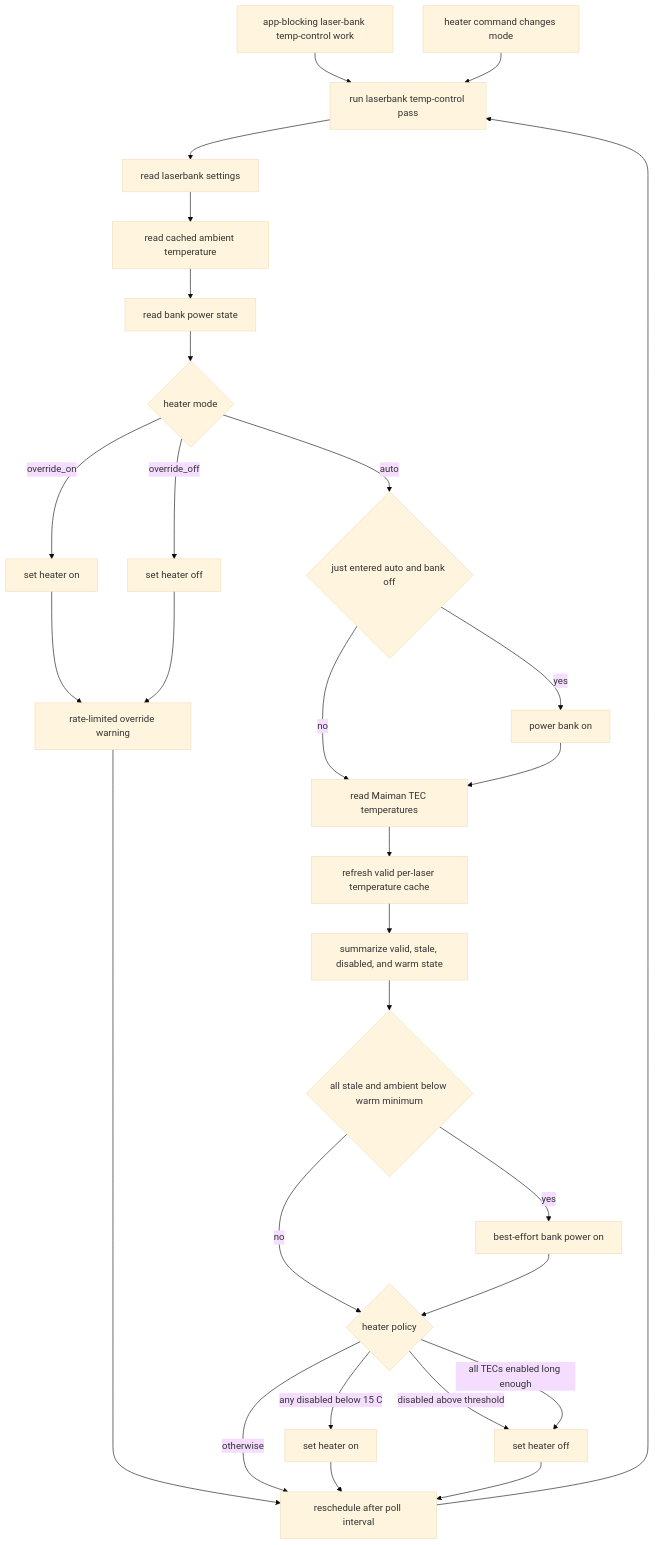
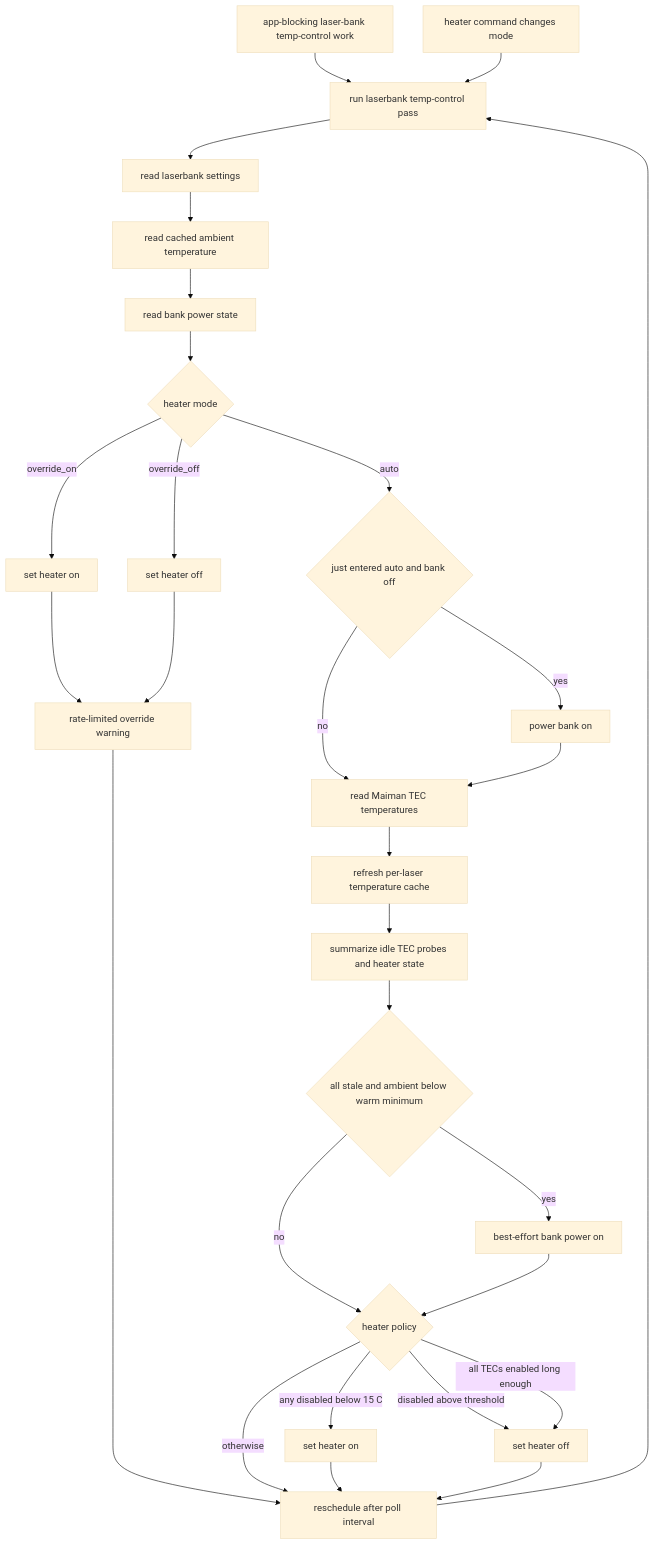
Before and after one commit to COO-Utilities/hispec-tib: diagram 20 of 22 in doc/diagrams.md, drawn with Mermaid (base theme). The commit also changed 5 other files, not shown here.

Commit message:
Refine laser heater control with idle TEC temperature metrics and enhanced status serialization

````diff
--- a/doc/diagrams.md
+++ b/doc/diagrams.md
@@ -422,35 +422,35 @@
 ```mermaid
 flowchart TD
   Work[app-blocking laser-bank temp-control work] --> Cycle[run laserbank temp-control pass]
   Cycle --> Settings[read laserbank settings]
   Settings --> Ambient[read cached ambient temperature]
   Ambient --> Power[read bank power state]
   Power --> Mode{heater mode}
 
   Mode -- override_on --> ForceOn[set heater on]
   Mode -- override_off --> ForceOff[set heater off]
   ForceOn --> OverrideWarn[rate-limited override warning]
   ForceOff --> OverrideWarn
   OverrideWarn --> Wait
 
   Mode -- auto --> EnteredAuto{just entered auto and bank off}
   EnteredAuto -- yes --> PowerBank[power bank on]
   EnteredAuto -- no --> ReadTemps[read Maiman TEC temperatures]
   PowerBank --> ReadTemps
-  ReadTemps --> Cache[refresh valid per-laser temperature cache]
-  Cache --> Summarize[summarize valid, stale, disabled, and warm state]
+  ReadTemps --> Cache[refresh per-laser temperature cache]
+  Cache --> Summarize[summarize idle TEC probes and heater state]
   Summarize --> AllStaleCold{all stale and ambient below warm minimum}
   AllStaleCold -- yes --> KeepPower[best-effort bank power on]
   AllStaleCold -- no --> HeaterPolicy
   KeepPower --> HeaterPolicy{heater policy}
   HeaterPolicy -- any disabled below 15 C --> HeaterOn[set heater on]
   HeaterPolicy -- disabled above threshold --> HeaterOff[set heater off]
   HeaterPolicy -- all TECs enabled long enough --> HeaterOff
   HeaterPolicy -- otherwise --> Wait
   HeaterOn --> Wait
   HeaterOff --> Wait
 
   Wait[reschedule after poll interval]
   Wake[heater command changes mode] --> Cycle
   Wait --> Cycle
 ```
````
